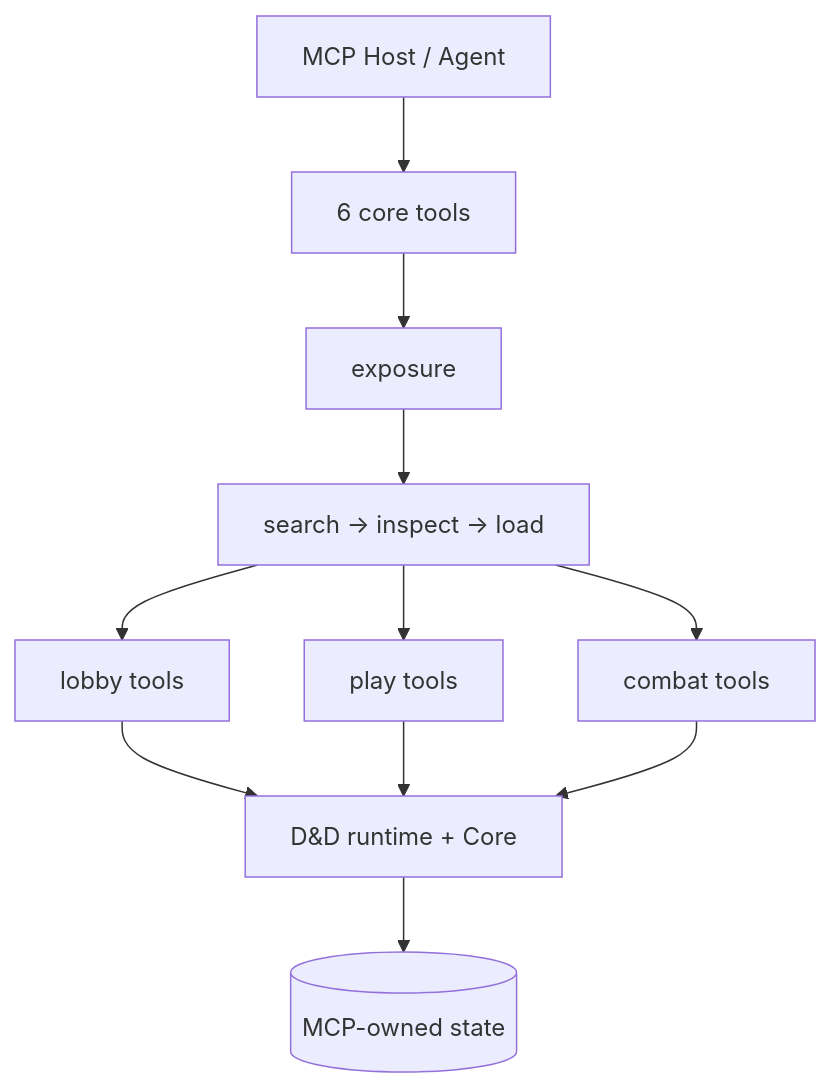
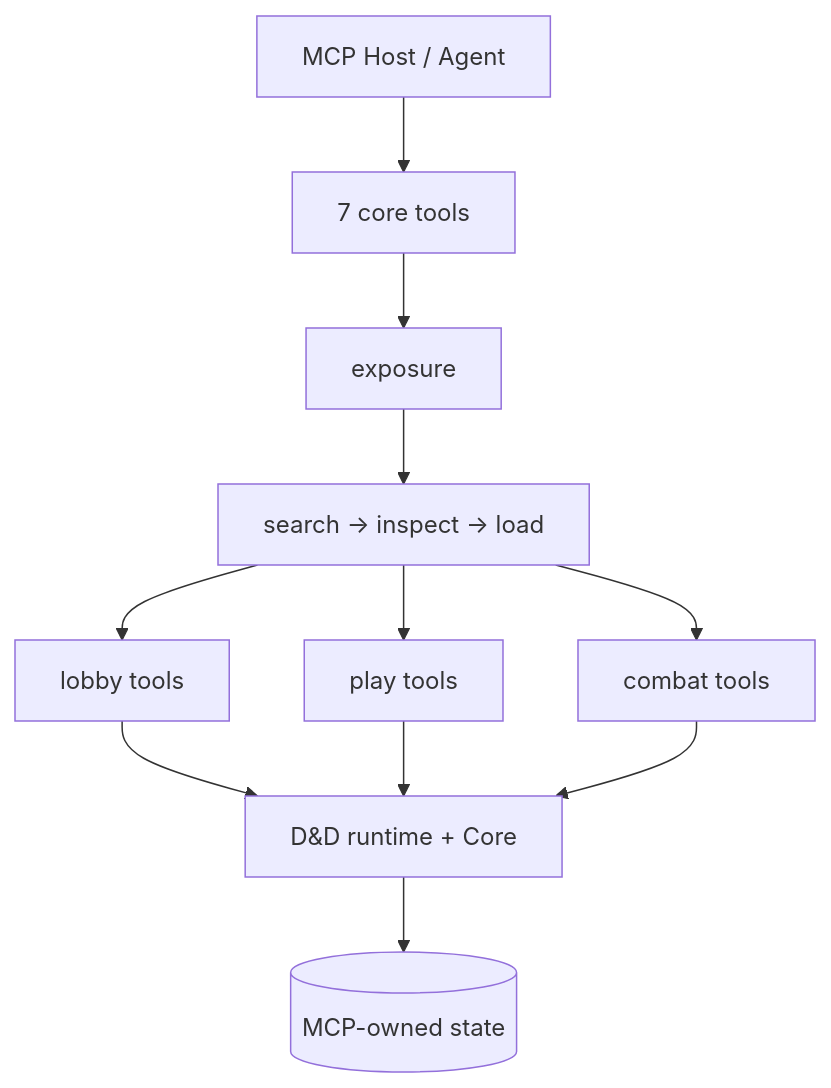
The diagram in README.md (SagaSmithAI/SagaSmith-dnd-mcp), drawn with Mermaid before and after one commit. The commit also changed other lines of this file and 13 other files, not shown here.

````diff
--- a/README.md
+++ b/README.md
@@ -54,13 +53,13 @@
 ```mermaid
 flowchart TB
-    H[MCP Host / Agent] --> C[6 core tools]
+    H[MCP Host / Agent] --> C[7 core tools]
     C --> O[exposure]
     O --> S[search → inspect → load]
     S --> L[lobby tools]
     S --> P[play tools]
     S --> B[combat tools]
     L --> R[D&D runtime + Core]
     P --> R
     B --> R
     R --> D[(MCP-owned state)]
 ```
````
